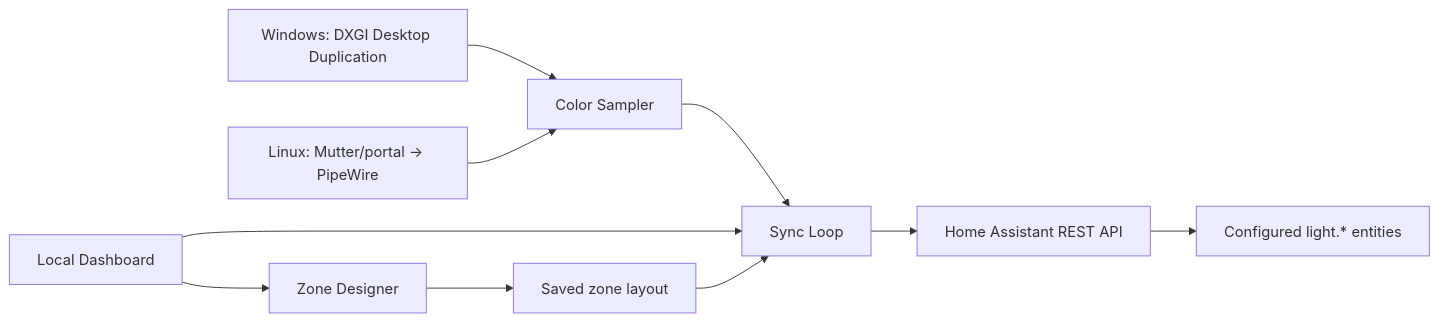
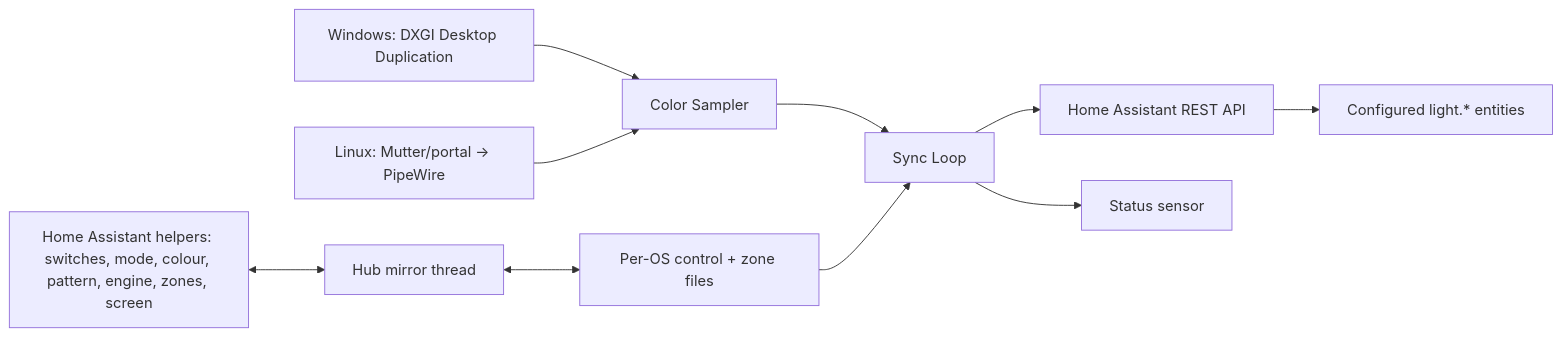
Before and after one commit to Jxn01/matterlights: the diagram in README.md, drawn with Mermaid. The commit also changed other lines of this file and 36 other files, not shown here.

````diff
--- a/README.md
+++ b/README.md
@@ -40,12 +40,12 @@
 ```mermaid
 flowchart LR
 	Win[Windows: DXGI Desktop Duplication] --> Sampler[Color Sampler]
 	Lin[Linux: Mutter/portal -> PipeWire] --> Sampler
 	Sampler --> Sync[Sync Loop]
 	Sync --> HA[Home Assistant REST API]
 	HA --> Lights[Configured light.* entities]
-	Dashboard[Local Dashboard] --> Sync
-	Dashboard --> ZoneUI[Zone Designer]
-	ZoneUI --> ZoneFile[Saved zone layout]
-	ZoneFile --> Sync
+	Helpers[Home Assistant helpers: switches, mode, colour, pattern, engine, zones, screen] <--> Mirror[Hub mirror thread]
+	Mirror <--> State[Per-OS control + zone files]
+	State --> Sync
+	Sync --> Status[Status sensor]
 ```
````
